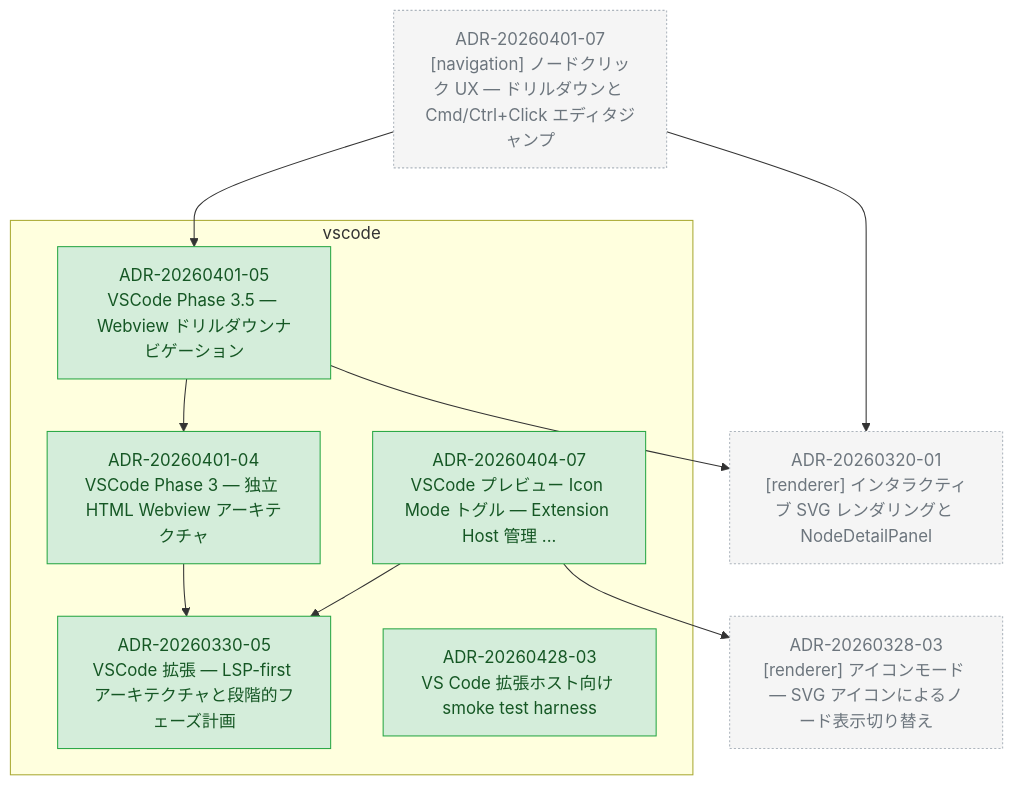
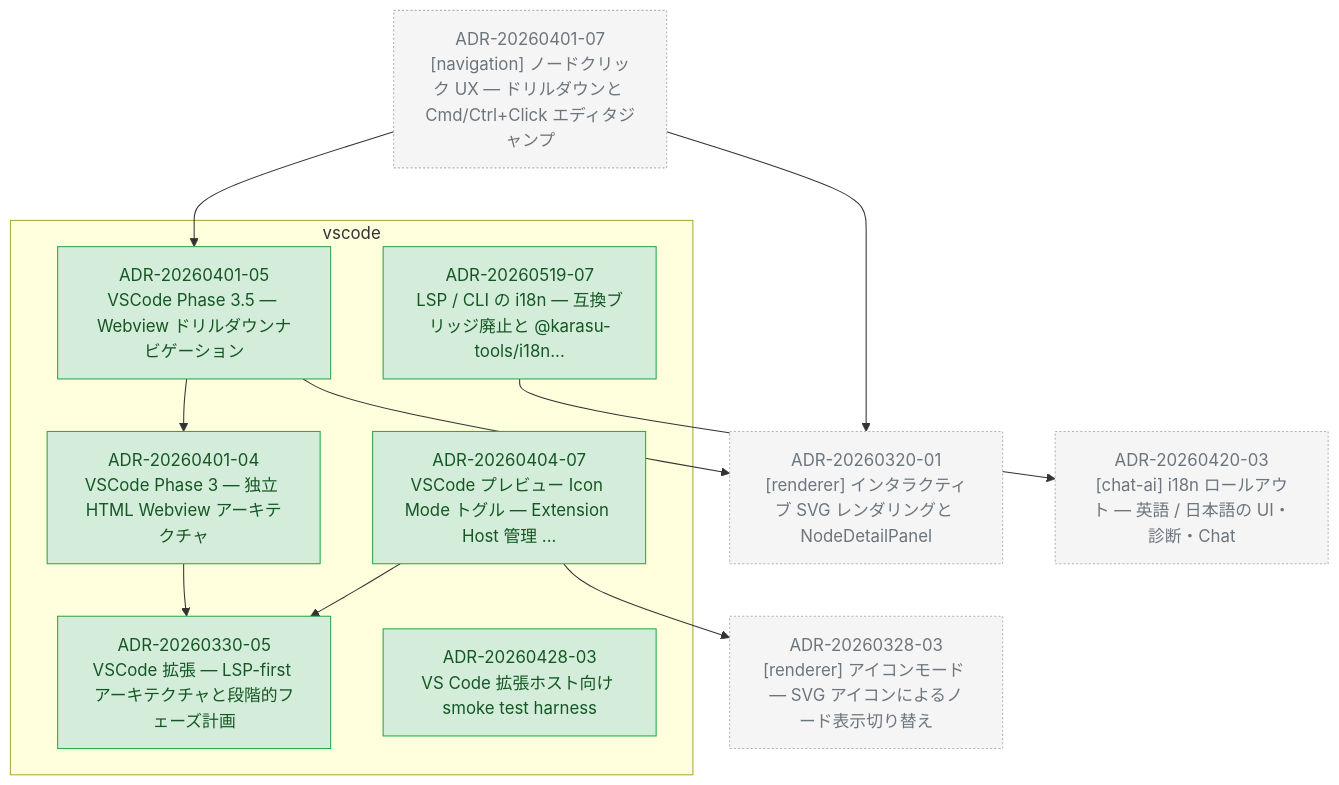
Before and after one commit to kompiro/karasu: the diagram in docs/adr/graph/vscode.md, drawn with Mermaid. The commit also changed other lines of this file and 5 other files, not shown here.

First line of the commit message:
docs(adr): promote LSP/CLI i18n design doc to ADR-20260519-07

````diff
--- a/docs/adr/graph/vscode.md
+++ b/docs/adr/graph/vscode.md
@@ -6,35 +6,40 @@
 ```mermaid
 flowchart TD
   subgraph vscode["vscode"]
     ADR_20260330_05["ADR-20260330-05<br/>VSCode 拡張 — LSP-first アーキテクチャと段階的フェーズ計画"]
     ADR_20260401_04["ADR-20260401-04<br/>VSCode Phase 3 — 独立 HTML Webview アーキテクチャ"]
     ADR_20260401_05["ADR-20260401-05<br/>VSCode Phase 3.5 — Webview ドリルダウンナビゲーション"]
     ADR_20260404_07["ADR-20260404-07<br/>VSCode プレビュー Icon Mode トグル — Extension Host 管理 ..."]
     ADR_20260428_03["ADR-20260428-03<br/>VS Code 拡張ホスト向け smoke test harness"]
+    ADR_20260519_07["ADR-20260519-07<br/>LSP / CLI の i18n — 互換ブリッジ廃止と @karasu-tools/i18n..."]
   end
   ADR_20260320_01["ADR-20260320-01<br/>[renderer] インタラクティブ SVG レンダリングと NodeDetailPanel"]
   ADR_20260328_03["ADR-20260328-03<br/>[renderer] アイコンモード — SVG アイコンによるノード表示切り替え"]
   ADR_20260401_07["ADR-20260401-07<br/>[navigation] ノードクリック UX — ドリルダウンと Cmd/Ctrl+Click エディタジャンプ"]
+  ADR_20260420_03["ADR-20260420-03<br/>[chat-ai] i18n ロールアウト — 英語 / 日本語の UI・診断・Chat"]
   ADR_20260401_04 --> ADR_20260330_05
   ADR_20260401_05 --> ADR_20260401_04
   ADR_20260401_05 --> ADR_20260320_01
   ADR_20260404_07 --> ADR_20260328_03
   ADR_20260404_07 --> ADR_20260330_05
+  ADR_20260519_07 --> ADR_20260420_03
   ADR_20260401_07 --> ADR_20260320_01
   ADR_20260401_07 --> ADR_20260401_05
 
   classDef accepted fill:#d4edda,stroke:#28a745,color:#155724
   classDef proposed fill:#fff3cd,stroke:#ffc107,color:#856404
   classDef deprecated fill:#f8d7da,stroke:#dc3545,color:#721c24
   classDef superseded fill:#e2e3e5,stroke:#6c757d,color:#383d41
   classDef not_adopted fill:#e2e3e5,stroke:#6c757d,color:#383d41,stroke-dasharray:3 3
   classDef ghost fill:#f5f5f5,stroke:#adb5bd,color:#6c757d,stroke-dasharray:2 2
   class ADR_20260330_05 accepted
   class ADR_20260401_04 accepted
   class ADR_20260401_05 accepted
   class ADR_20260404_07 accepted
   class ADR_20260428_03 accepted
+  class ADR_20260519_07 accepted
   class ADR_20260320_01 ghost
   class ADR_20260328_03 ghost
   class ADR_20260401_07 ghost
+  class ADR_20260420_03 ghost
 ```
````
